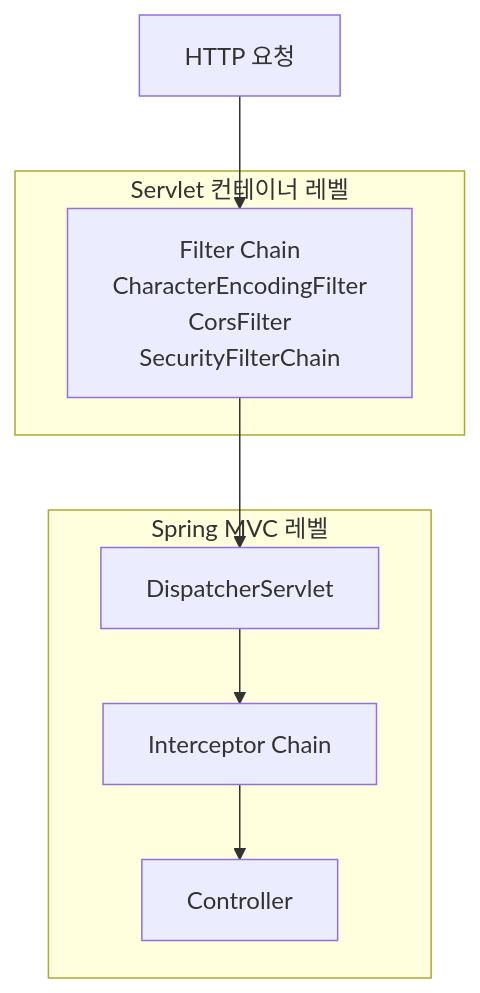
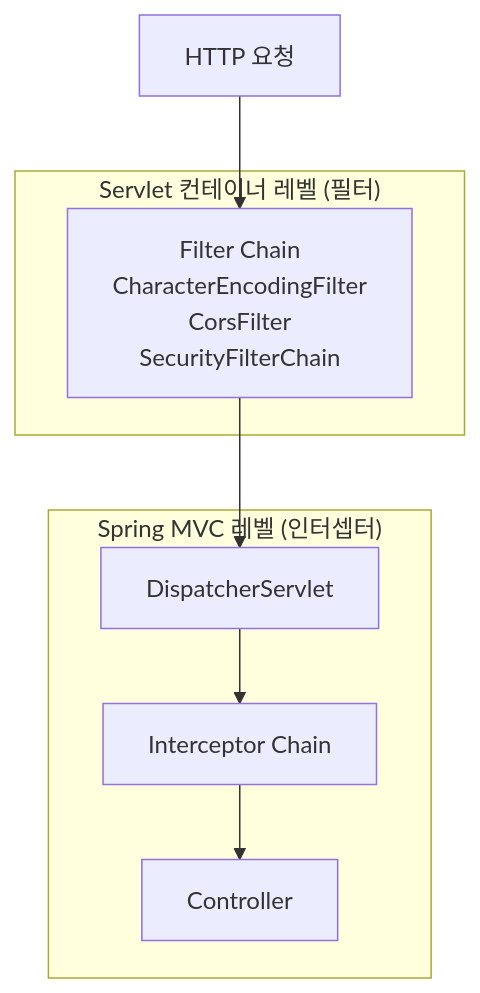
The fifth of 6 diagrams in _posts/spring/2026-05-01-spring-mvc.md (yjkim2015/yjkim2015.github.io), drawn with Mermaid before and after one commit. The commit also changed other lines of this file and 34 other files, not shown here.

First line of the commit message:
Full quality pass: 41 files — ASCII removed, 동작원리 보강, diagrams

```diff
--- a/_posts/spring/2026-05-01-spring-mvc.md
+++ b/_posts/spring/2026-05-01-spring-mvc.md
@@ -291,12 +205,12 @@
 <div class="mermaid">
 graph TD
-    A[HTTP 요청] --> B
-    subgraph "Servlet 컨테이너 레벨"
+    A["HTTP 요청"] --> B
+    subgraph "Servlet 컨테이너 레벨 (필터)"
         B["Filter Chain<br>CharacterEncodingFilter<br>CorsFilter<br>SecurityFilterChain"]
     end
-    B --> C[DispatcherServlet]
-    subgraph "Spring MVC 레벨"
-        C --> D[Interceptor Chain]
-        D --> E[Controller]
+    B --> C["DispatcherServlet"]
+    subgraph "Spring MVC 레벨 (인터셉터)"
+        C --> D["Interceptor Chain"]
+        D --> E["Controller"]
     end
 </div>
```
